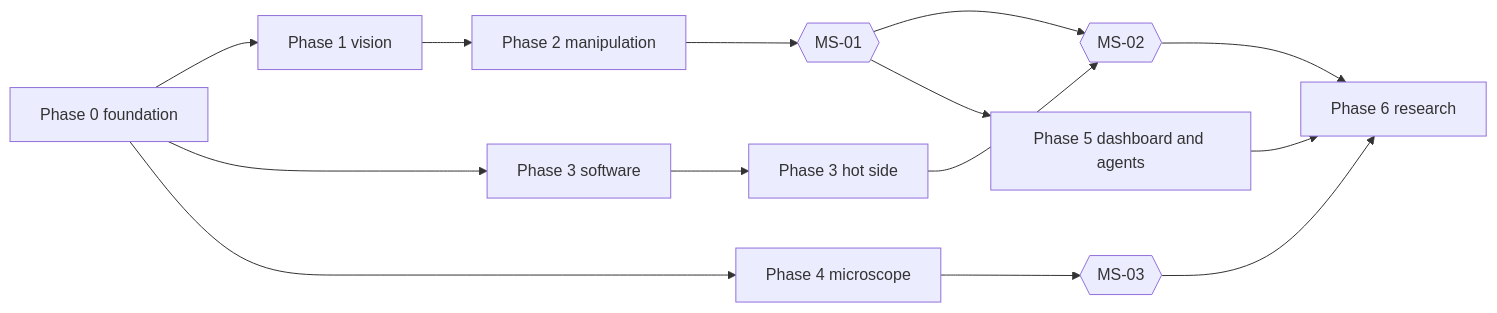
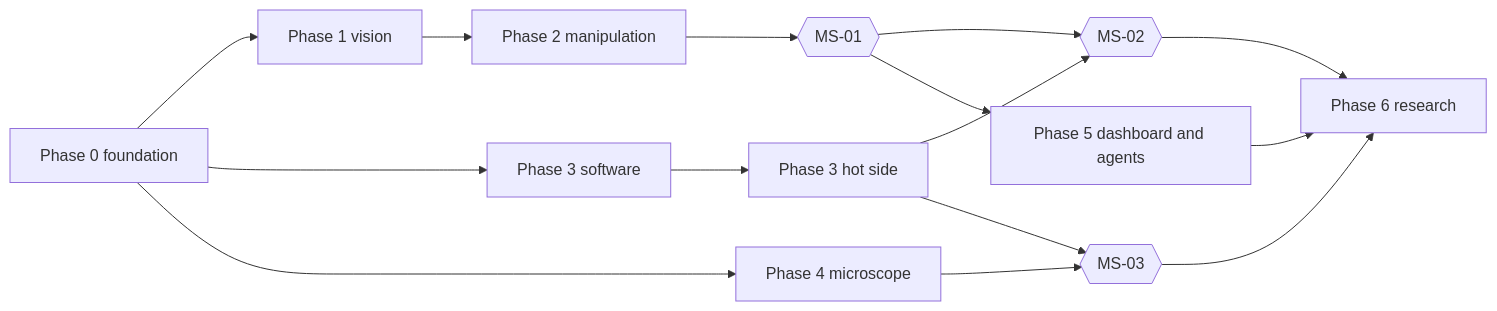
One commit to shc0507/dobot_mg400 changed the diagram in docs/agents/migration/README.md. Above: the diagram before and after it, drawn with Mermaid. The commit also changed other lines of this file and 2 other files, not shown here.

````diff
--- a/docs/agents/migration/README.md
+++ b/docs/agents/migration/README.md
@@ -498,16 +503,17 @@
 ```mermaid
 flowchart LR
   P0[Phase 0 foundation] --> P1[Phase 1 vision]
   P0 --> P3s[Phase 3 software]
   P1 --> P2[Phase 2 manipulation]
   P2 --> MS1{{MS-01}}
   P3s --> P3[Phase 3 hot side]
   MS1 --> MS2{{MS-02}}
   P3 --> MS2
   P0 --> P4[Phase 4 microscope]
   P4 --> MS3{{MS-03}}
+  P3 --> MS3
   MS1 --> P5[Phase 5 dashboard and agents]
   MS2 --> P6[Phase 6 research]
   MS3 --> P6
   P5 --> P6
 ```
````
